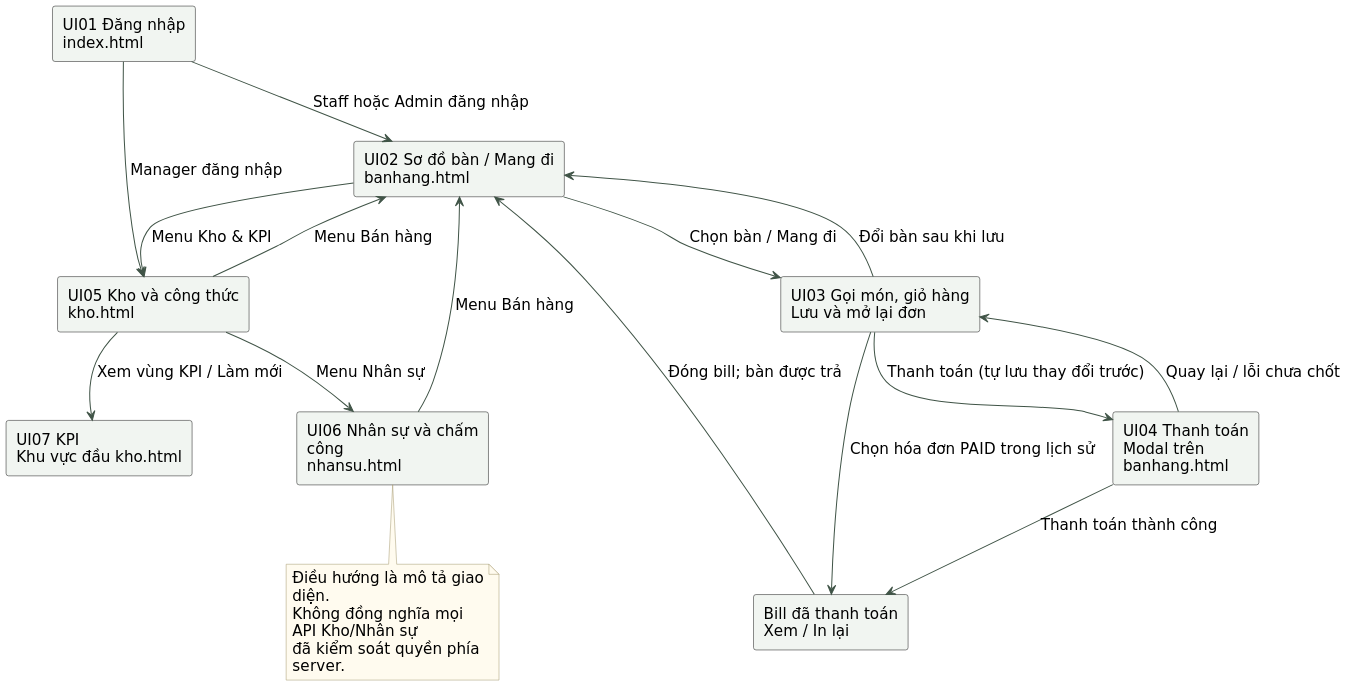
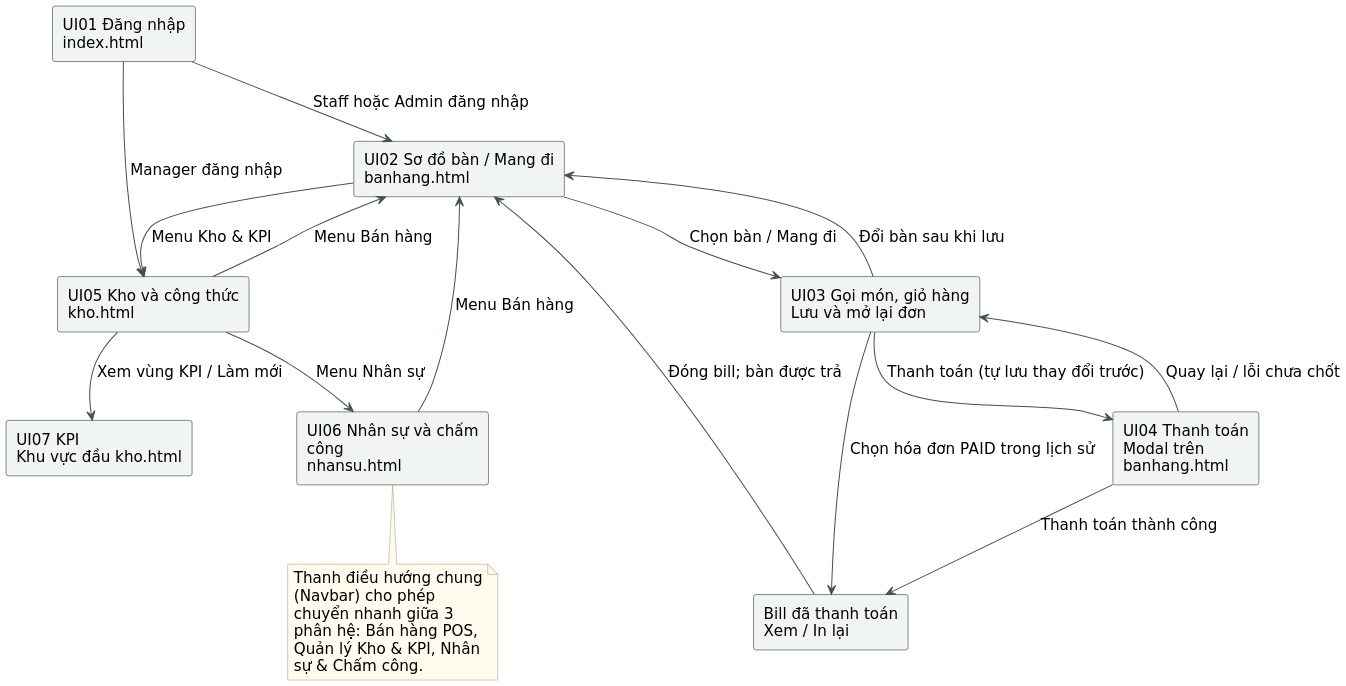
The diagram in 02_SourceCode_WebJava_Prototype/BanGiao_UML/UI_Navigation_Flow.puml (KDY006/PTTKYC-Coffee), drawn with PlantUML before and after one commit. The commit also changed 4 other files, not shown here.

Commit message:
docs: add UML diagrams, database schema, and project documentation

```diff
--- a/02_SourceCode_WebJava_Prototype/BanGiao_UML/UI_Navigation_Flow.puml
+++ b/02_SourceCode_WebJava_Prototype/BanGiao_UML/UI_Navigation_Flow.puml
@@ -1,49 +1,49 @@
 @startuml
 skinparam defaultFontName DejaVu Sans
 skinparam defaultFontSize 15
 skinparam shadowing false
 skinparam BackgroundColor white
 skinparam ArrowColor #405447
 skinparam activityBackgroundColor #F3F6F3
 skinparam activityBorderColor #47634F
 skinparam sequenceParticipantBackgroundColor #F1F5F1
 skinparam sequenceLifeLineBorderColor #829388
 skinparam sequenceActivationBackgroundColor #DAE6DD
 skinparam sequenceActivationBorderColor #52705B
 skinparam noteBackgroundColor #FFFBEF
 skinparam noteBorderColor #A4986E
 skinparam dpi 170
 skinparam wrapWidth 190
 skinparam maxMessageSize 360
 skinparam noteTextAlignment left
 top to bottom direction
 skinparam rectangleBackgroundColor #F1F5F1
 rectangle "UI01 Đăng nhập\nindex.html" as L
 rectangle "UI02 Sơ đồ bàn / Mang đi\nbanhang.html" as B
 rectangle "UI03 Gọi món, giỏ hàng\nLưu và mở lại đơn" as P
 rectangle "UI04 Thanh toán\nModal trên banhang.html" as T
 rectangle "Bill đã thanh toán\nXem / In lại" as I
 rectangle "UI05 Kho và công thức\nkho.html" as K
 rectangle "UI06 Nhân sự và chấm công\nnhansu.html" as N
 rectangle "UI07 KPI\nKhu vực đầu kho.html" as D
 L --> B : Staff hoặc Admin đăng nhập
 L --> K : Manager đăng nhập
 B --> P : Chọn bàn / Mang đi
 P --> B : Đổi bàn sau khi lưu
 P --> T : Thanh toán (tự lưu thay đổi trước)
 T --> P : Quay lại / lỗi chưa chốt
 T --> I : Thanh toán thành công
 I --> B : Đóng bill; bàn được trả
 P --> I : Chọn hóa đơn PAID trong lịch sử
 B --> K : Menu Kho & KPI
 K --> B : Menu Bán hàng
 K --> N : Menu Nhân sự
 N --> B : Menu Bán hàng
 K --> D : Xem vùng KPI / Làm mới
 note bottom of N
-  Điều hướng là mô tả giao diện.
-  Không đồng nghĩa mọi API Kho/Nhân sự
-  đã kiểm soát quyền phía server.
+  Thanh điều hướng chung (Navbar) cho phép
+  chuyển nhanh giữa 3 phân hệ: Bán hàng POS,
+  Quản lý Kho & KPI, Nhân sự & Chấm công.
 end note
 
 @enduml
```
